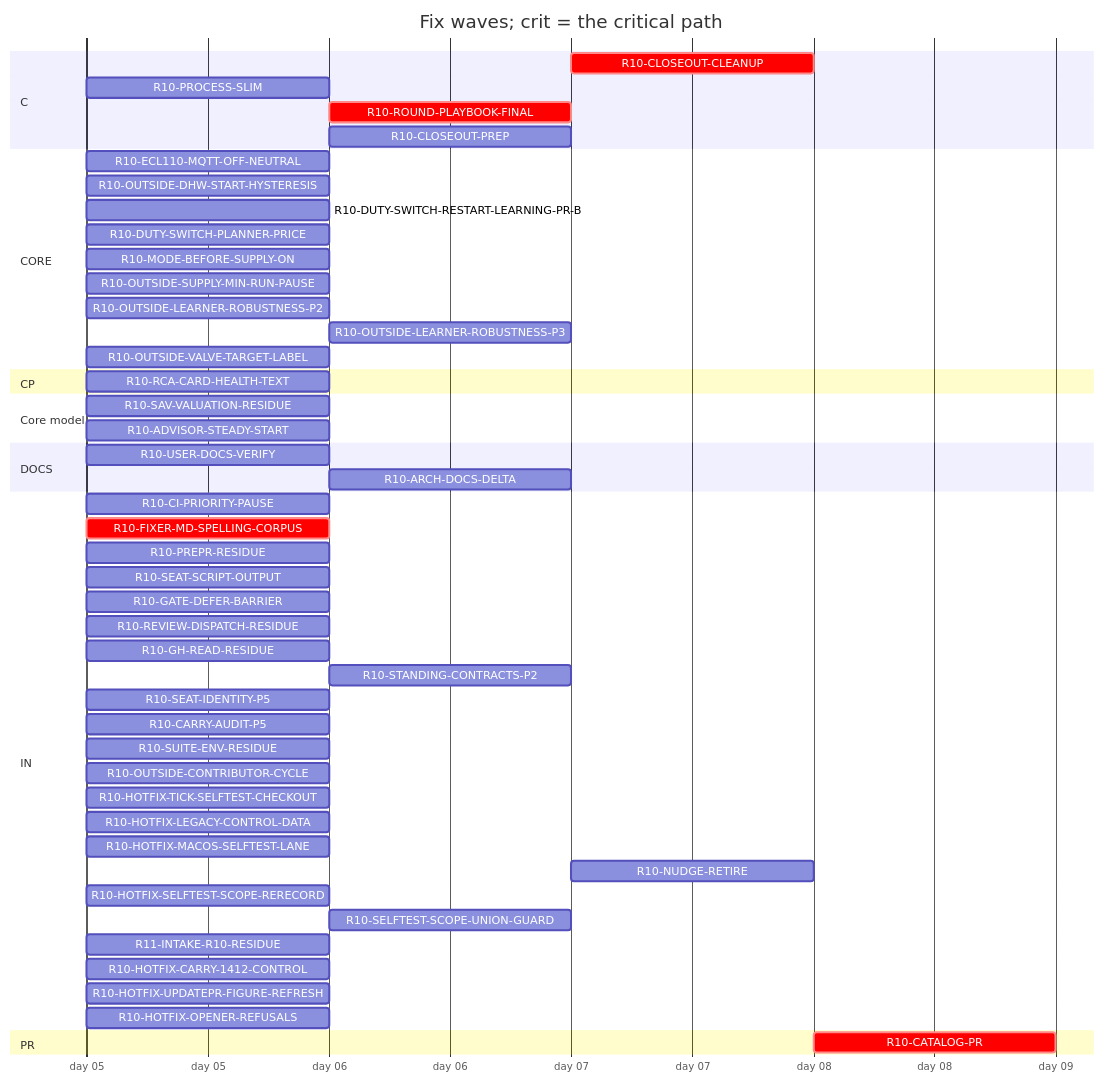
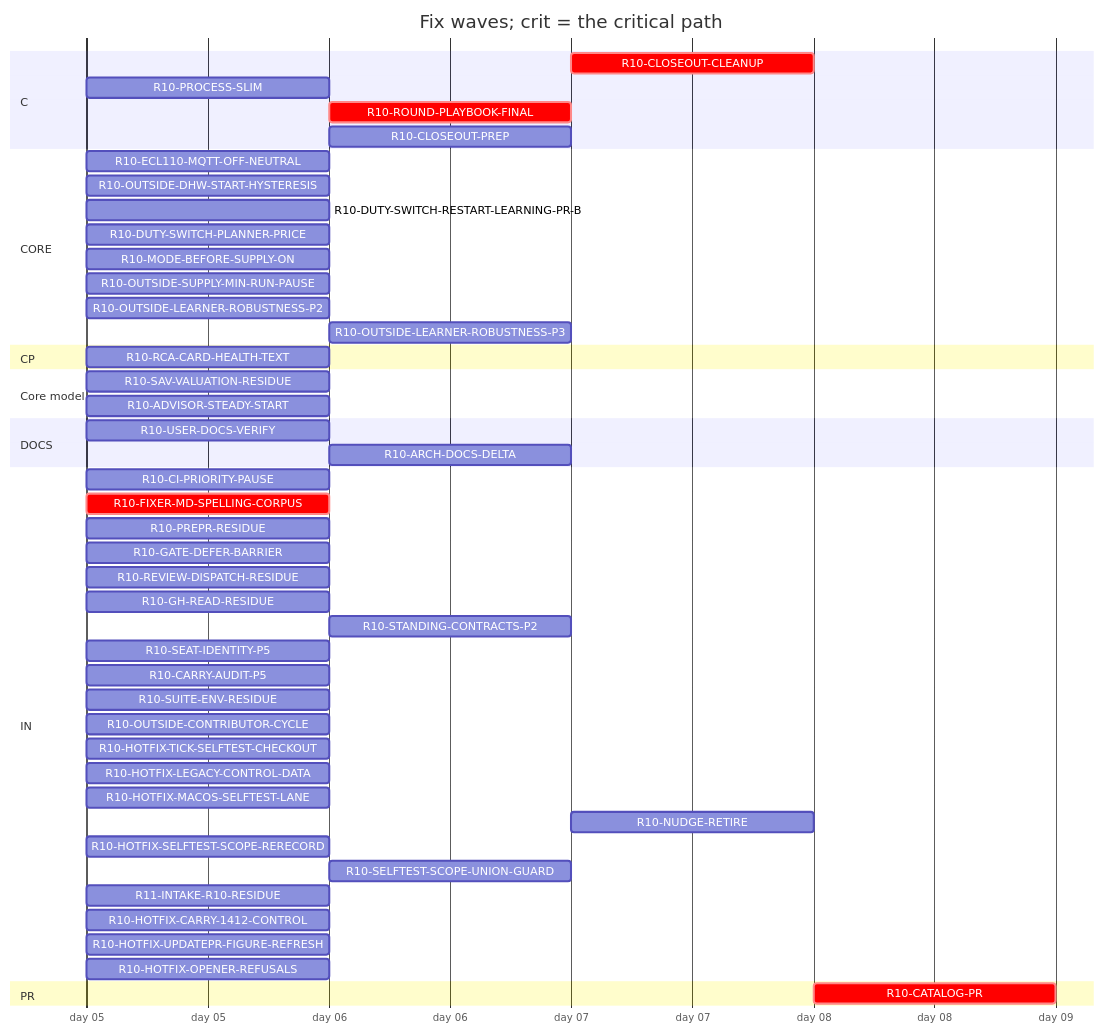
The diagram in handoff/round10/state/PLAN-TABLE.md (tvofi/heatpump_optimizer), drawn with Mermaid before and after one commit. The commit also changed other lines of this file and 4 other files, not shown here.

Commit message:
state: FLOW-BOARD.md, NEXT-SESSION-PROMPT.md, PLAN-TABLE.md, PLAN.html, RESUME-CURRENT.md regenerated (state_docs.py)

````diff
--- a/handoff/round10/state/PLAN-TABLE.md
+++ b/handoff/round10/state/PLAN-TABLE.md
@@ -20,54 +20,52 @@
 ```mermaid
 gantt
   title Fix waves; crit = the critical path
   dateFormat YYYY-MM-DD
   axisFormat day %d
   section C
     R10-CLOSEOUT-CLEANUP :crit, r10CLOSEOUTCLEANUP, after r10USERDOCSVERIFY r10ROUNDPLAYBOOKFINAL r10CLOSEOUTPREP r10ARCHDOCSDELTA, 1d
     R10-PROCESS-SLIM :r10PROCESSSLIM, 2026-01-05, 1d
     R10-ROUND-PLAYBOOK-FINAL :crit, r10ROUNDPLAYBOOKFINAL, after r10FIXERMDSPELLINGCORPUS, 1d
     R10-CLOSEOUT-PREP :r10CLOSEOUTPREP, after r10FIXERMDSPELLINGCORPUS, 1d
   section CORE
     R10-ECL110-MQTT-OFF-NEUTRAL :r10ECL110MQTTOFFNEUTRAL, 2026-01-05, 1d
     R10-OUTSIDE-DHW-START-HYSTERESIS :r10OUTSIDEDHWSTARTHYSTERESIS, 2026-01-05, 1d
     R10-DUTY-SWITCH-RESTART-LEARNING-PR-B :r10DUTYSWITCHRESTARTLEARNINGPRB, 2026-01-05, 1d
     R10-DUTY-SWITCH-PLANNER-PRICE :r10DUTYSWITCHPLANNERPRICE, 2026-01-05, 1d
     R10-MODE-BEFORE-SUPPLY-ON :r10MODEBEFORESUPPLYON, 2026-01-05, 1d
     R10-OUTSIDE-SUPPLY-MIN-RUN-PAUSE :r10OUTSIDESUPPLYMINRUNPAUSE, 2026-01-05, 1d
     R10-OUTSIDE-LEARNER-ROBUSTNESS-P2 :r10OUTSIDELEARNERROBUSTNESSP2, 2026-01-05, 1d
     R10-OUTSIDE-LEARNER-ROBUSTNESS-P3 :r10OUTSIDELEARNERROBUSTNESSP3, after r10OUTSIDELEARNERROBUSTNESSP2, 1d
-    R10-OUTSIDE-VALVE-TARGET-LABEL :r10OUTSIDEVALVETARGETLABEL, 2026-01-05, 1d
   section CP
     R10-RCA-CARD-HEALTH-TEXT :r10RCACARDHEALTHTEXT, 2026-01-05, 1d
   section Core model
     R10-SAV-VALUATION-RESIDUE :r10SAVVALUATIONRESIDUE, 2026-01-05, 1d
     R10-ADVISOR-STEADY-START :r10ADVISORSTEADYSTART, 2026-01-05, 1d
   section DOCS
     R10-USER-DOCS-VERIFY :r10USERDOCSVERIFY, 2026-01-05, 1d
     R10-ARCH-DOCS-DELTA :r10ARCHDOCSDELTA, after r10SAVVALUATIONRESIDUE r10ADVISORSTEADYSTART r10PROCESSSLIM, 1d
   section IN
     R10-CI-PRIORITY-PAUSE :r10CIPRIORITYPAUSE, 2026-01-05, 1d
     R10-FIXER-MD-SPELLING-CORPUS :crit, r10FIXERMDSPELLINGCORPUS, 2026-01-05, 1d
     R10-PREPR-RESIDUE :r10PREPRRESIDUE, 2026-01-05, 1d
-    R10-SEAT-SCRIPT-OUTPUT :r10SEATSCRIPTOUTPUT, 2026-01-05, 1d
     R10-GATE-DEFER-BARRIER :r10GATEDEFERBARRIER, 2026-01-05, 1d
     R10-REVIEW-DISPATCH-RESIDUE :r10REVIEWDISPATCHRESIDUE, 2026-01-05, 1d
     R10-GH-READ-RESIDUE :r10GHREADRESIDUE, 2026-01-05, 1d
     R10-STANDING-CONTRACTS-P2 :r10STANDINGCONTRACTSP2, after r10FIXERMDSPELLINGCORPUS, 1d
     R10-SEAT-IDENTITY-P5 :r10SEATIDENTITYP5, 2026-01-05, 1d
     R10-CARRY-AUDIT-P5 :r10CARRYAUDITP5, 2026-01-05, 1d
     R10-SUITE-ENV-RESIDUE :r10SUITEENVRESIDUE, 2026-01-05, 1d
     R10-OUTSIDE-CONTRIBUTOR-CYCLE :r10OUTSIDECONTRIBUTORCYCLE, 2026-01-05, 1d
     R10-HOTFIX-TICK-SELFTEST-CHECKOUT :r10HOTFIXTICKSELFTESTCHECKOUT, 2026-01-05, 1d
     R10-HOTFIX-LEGACY-CONTROL-DATA :r10HOTFIXLEGACYCONTROLDATA, 2026-01-05, 1d
     R10-HOTFIX-MACOS-SELFTEST-LANE :r10HOTFIXMACOSSELFTESTLANE, 2026-01-05, 1d
     R10-NUDGE-RETIRE :r10NUDGERETIRE, after r10ROUNDPLAYBOOKFINAL, 1d
     R10-HOTFIX-SELFTEST-SCOPE-RERECORD :r10HOTFIXSELFTESTSCOPERERECORD, 2026-01-05, 1d
     R10-SELFTEST-SCOPE-UNION-GUARD :r10SELFTESTSCOPEUNIONGUARD, after r10HOTFIXSELFTESTSCOPERERECORD, 1d
     R11-INTAKE-R10-RESIDUE :r11INTAKER10RESIDUE, 2026-01-05, 1d
     R10-HOTFIX-CARRY-1412-CONTROL :r10HOTFIXCARRY1412CONTROL, 2026-01-05, 1d
     R10-HOTFIX-UPDATEPR-FIGURE-REFRESH :r10HOTFIXUPDATEPRFIGUREREFRESH, 2026-01-05, 1d
     R10-HOTFIX-OPENER-REFUSALS :r10HOTFIXOPENERREFUSALS, 2026-01-05, 1d
   section PR
     R10-CATALOG-PR :crit, r10CATALOGPR, after r10USERDOCSVERIFY r10ROUNDPLAYBOOKFINAL r10CLOSEOUTCLEANUP r10CLOSEOUTPREP r10ARCHDOCSDELTA, 1d
 ```
````
